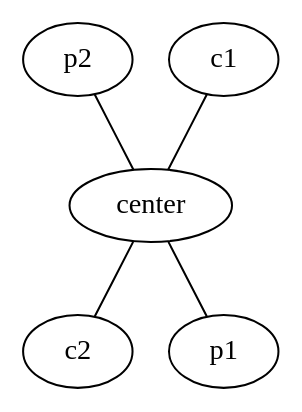
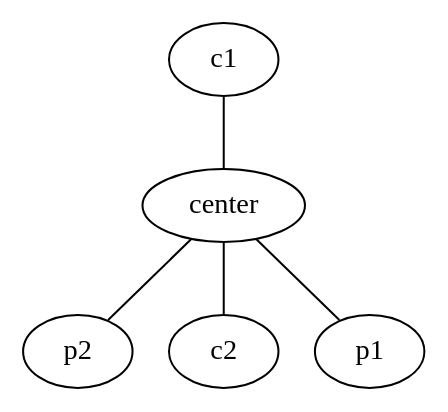
Before and after one commit to artiste-qb-net/quantum-fog: the diagram in examples_cbnets/graph1.dot, drawn with Graphviz. The commit also changed 8 other files, not shown here.

Commit message:
gave Graph, Dag, BayesNet a __deepcopy__

```diff
--- a/examples_cbnets/graph1.dot
+++ b/examples_cbnets/graph1.dot
@@ -1,11 +1,11 @@
-strict graph G {
-p2;
+strict graph  {
 c1;
 center;
+p2;
 c2;
 p1;
-p2 -- center;
 c1 -- center;
+center -- p2;
 center -- c2;
 center -- p1;
 }
```
